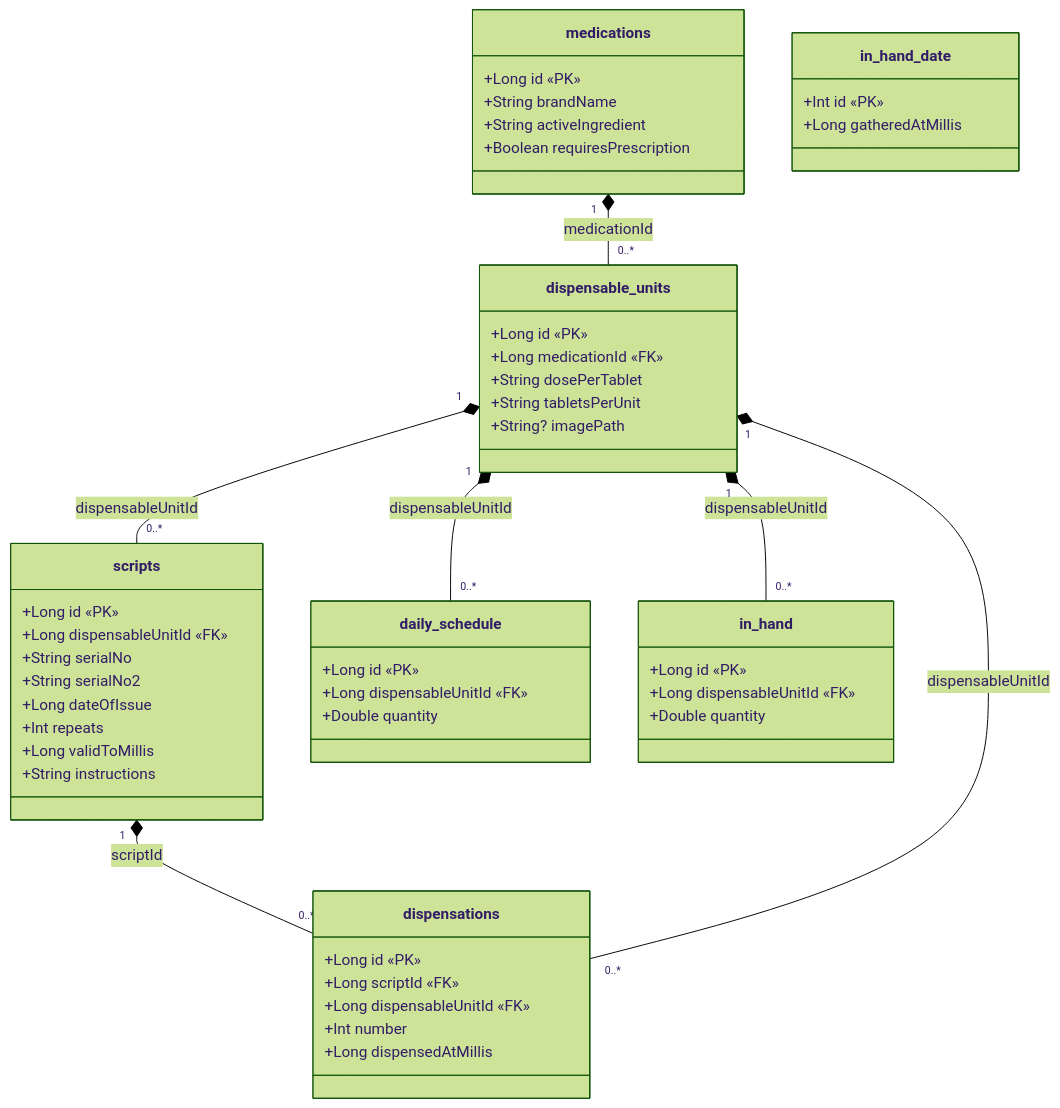
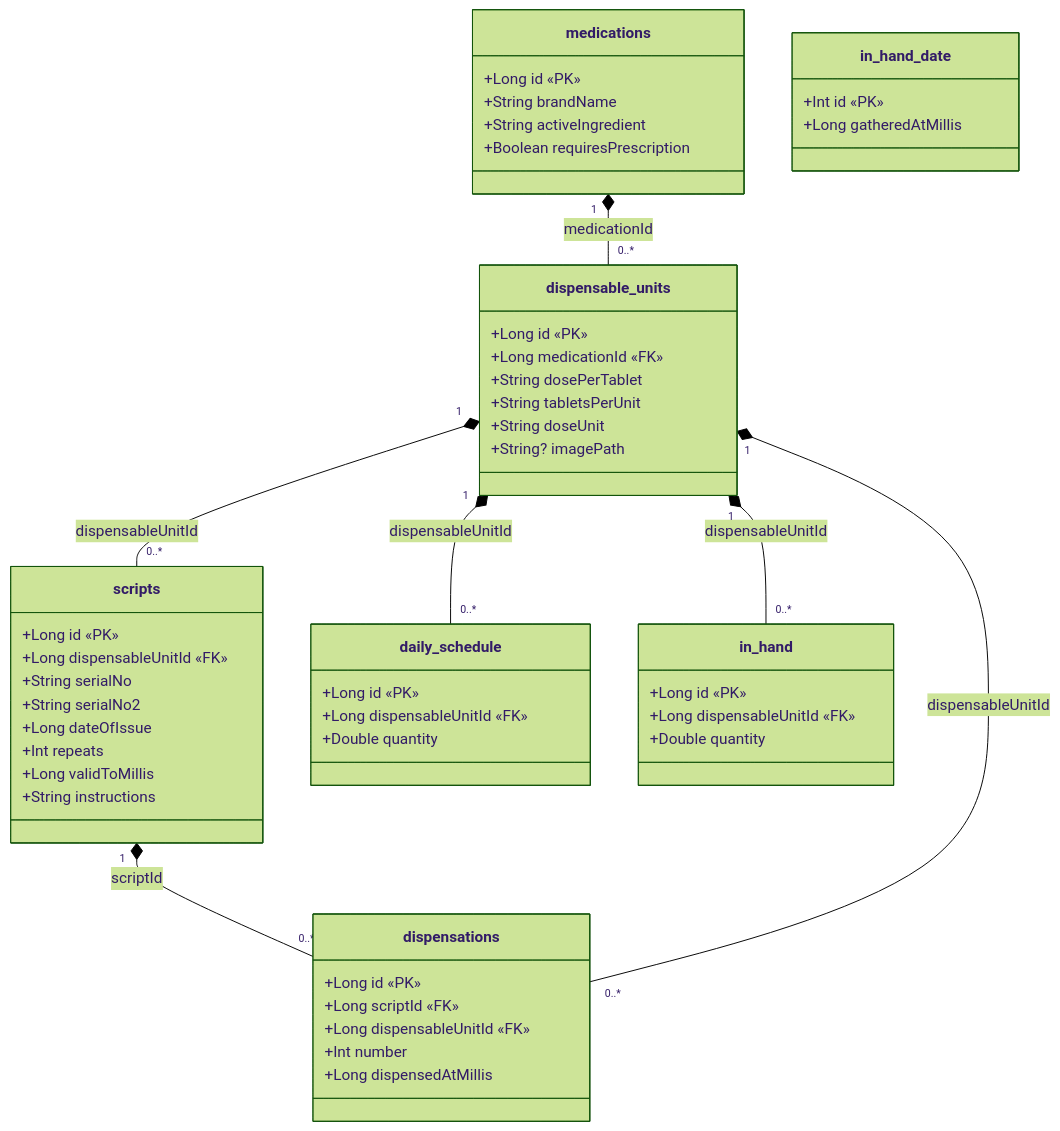
The diagram in docs/DATABASE_SCHEMA.md (replicant1/aitoui), drawn with Mermaid (forest theme) before and after one commit. The commit also changed other lines of this file and 37 other files, not shown here.

````diff
--- a/docs/DATABASE_SCHEMA.md
+++ b/docs/DATABASE_SCHEMA.md
@@ -129,54 +137,55 @@
 ```mermaid
 classDiagram
     direction TB
     class medications {
         +Long id «PK»
         +String brandName
         +String activeIngredient
         +Boolean requiresPrescription
     }
     class dispensable_units {
         +Long id «PK»
         +Long medicationId «FK»
         +String dosePerTablet
         +String tabletsPerUnit
+        +String doseUnit
         +String? imagePath
     }
     class scripts {
         +Long id «PK»
         +Long dispensableUnitId «FK»
         +String serialNo
         +String serialNo2
         +Long dateOfIssue
         +Int repeats
         +Long validToMillis
         +String instructions
     }
     class dispensations {
         +Long id «PK»
         +Long scriptId «FK»
         +Long dispensableUnitId «FK»
         +Int number
         +Long dispensedAtMillis
     }
     class daily_schedule {
         +Long id «PK»
         +Long dispensableUnitId «FK»
         +Double quantity
     }
     class in_hand {
         +Long id «PK»
         +Long dispensableUnitId «FK»
         +Double quantity
     }
     class in_hand_date {
         +Int id «PK»
         +Long gatheredAtMillis
     }
     medications "1" *-- "0..*" dispensable_units : medicationId
     dispensable_units "1" *-- "0..*" scripts : dispensableUnitId
     scripts "1" *-- "0..*" dispensations : scriptId
     dispensable_units "1" *-- "0..*" dispensations : dispensableUnitId
     dispensable_units "1" *-- "0..*" daily_schedule : dispensableUnitId
     dispensable_units "1" *-- "0..*" in_hand : dispensableUnitId
 ```
````
